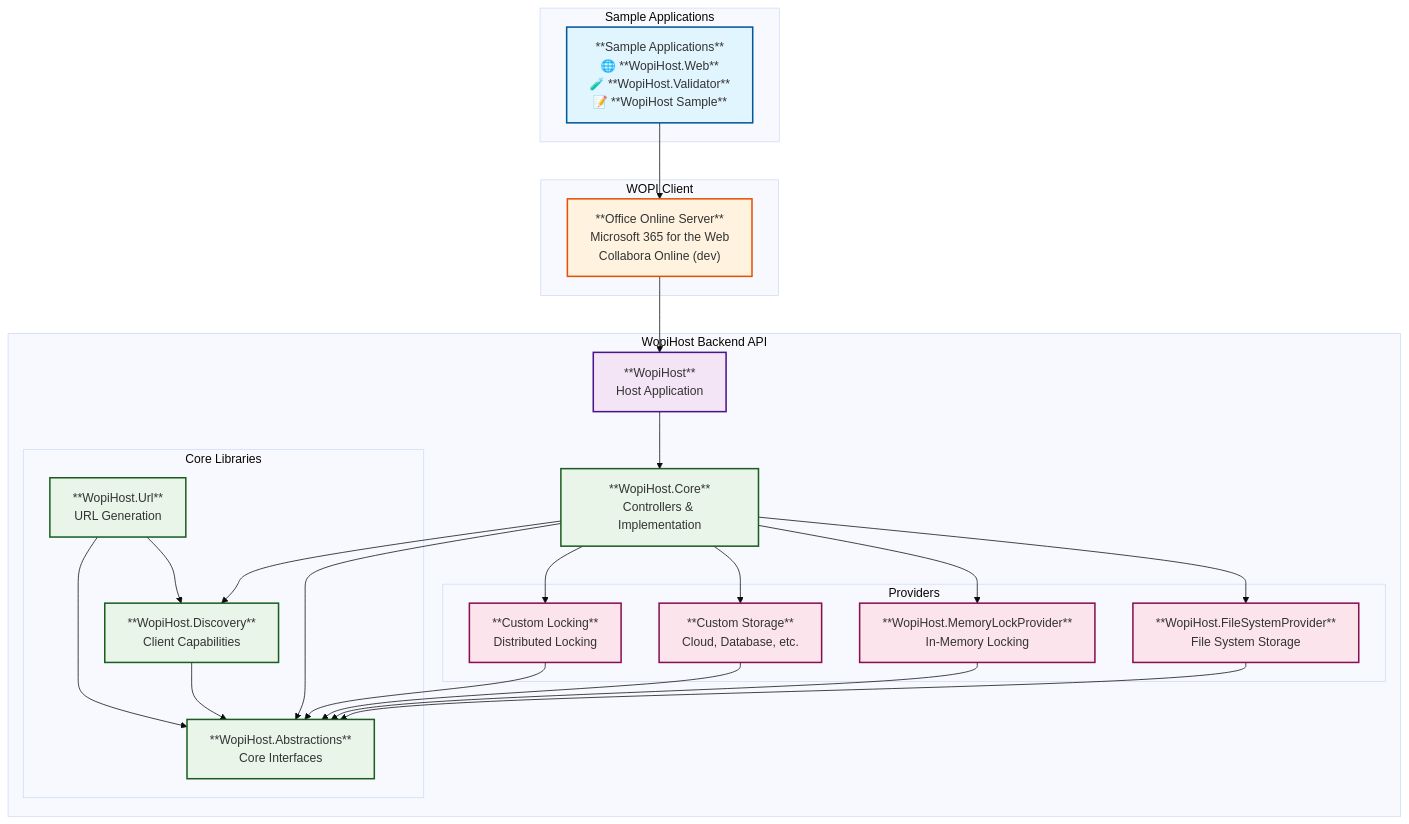
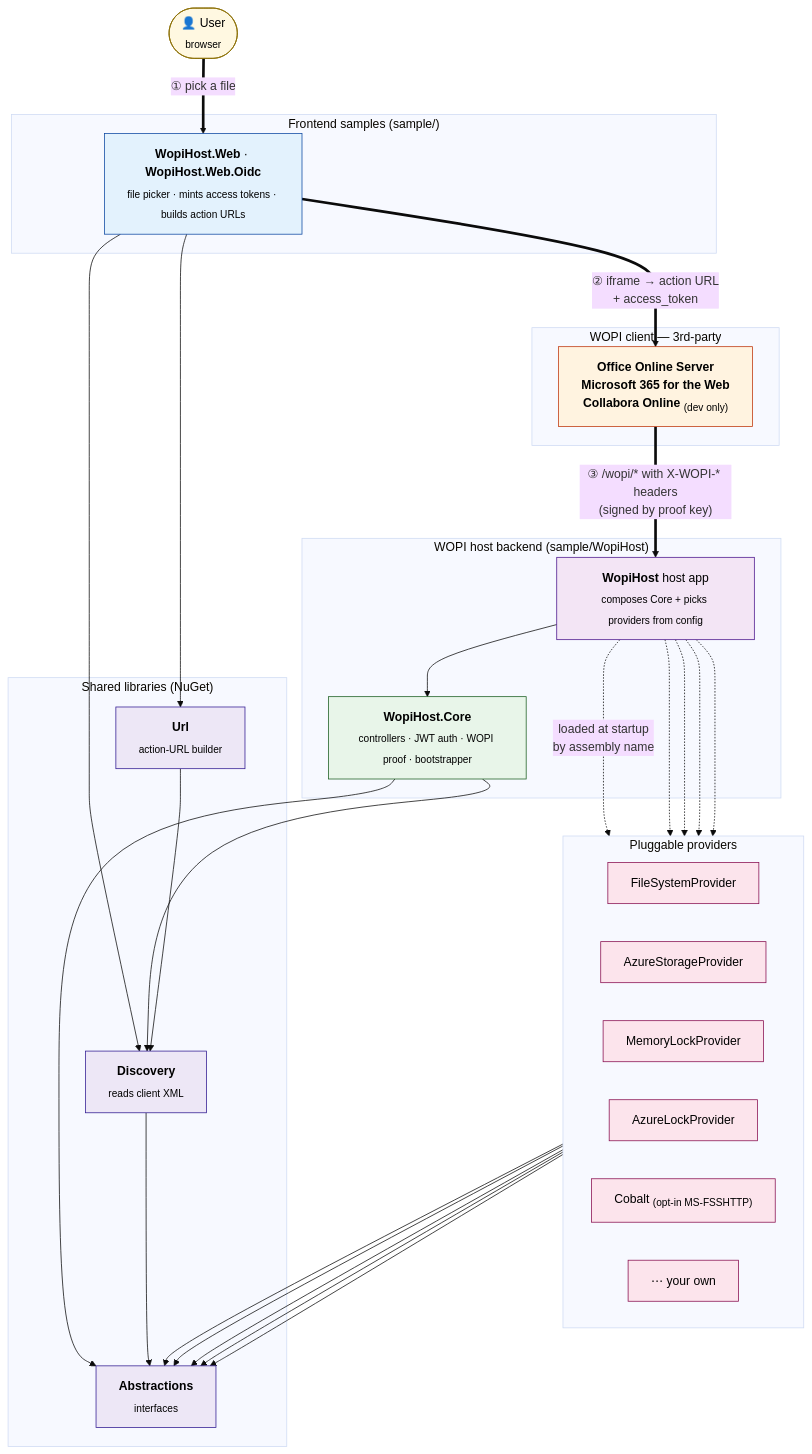
One commit to petrsvihlik/WopiHost changed the diagram in README.md. Above: the diagram before and after it, drawn with Mermaid (base theme). The commit also changed other lines of this file and 1 other file, not shown here.

Commit message:
docs: prep 6.0.0 release notes and refresh architecture diagram
- Add RELEASE_NOTES_6.0.0.md consolidating PRs #306–#332 into highlights,
  fixes, infra, docs, and dependency sections.
- Fix README architecture diagram: drop the bogus Core→providers edges
  (providers are loaded by assembly name from the host app), move
  WopiHost.Url out of the "core libraries" group (it's consumed by the
  frontend samples, not by Core), and add the missing modules
  (AzureStorageProvider, AzureLockProvider, Cobalt, Web.Oidc).
- Add a numbered runtime-flow overlay (browser → frontend → WOPI client →
  backend) and a key explaining thick / thin / dashed arrow semantics.
- Update "How it works" prose to match the corrected diagram.
- Bump the "Modular Architecture" bullet from 6 to 9 packages.

````diff
--- a/README.md
+++ b/README.md
@@ -31,73 +31,77 @@
 ```mermaid
 graph TB
-    subgraph "Sample Applications"
-        SampleApps["**Sample Applications**<br/>🌐 **WopiHost.Web**<br/>🧪 **WopiHost.Validator**<br/>📝 **WopiHost Sample**"]
+    User(["👤 User<br/><sub>browser</sub>"])
+
+    subgraph Frontend ["Frontend samples (sample/)"]
+        Web["<b>WopiHost.Web</b> · <b>WopiHost.Web.Oidc</b><br/><sub>file picker · mints access tokens · builds action URLs</sub>"]
     end
-    
-    subgraph "WOPI Client"
-        OOS["**Office Online Server**<br/>Microsoft 365 for the Web<br/>Collabora Online (dev)"]
+
+    subgraph WopiClient ["WOPI client — 3rd-party"]
+        WC["<b>Office Online Server</b><br/><b>Microsoft 365 for the Web</b><br/><b>Collabora Online</b> <sub>(dev only)</sub>"]
     end
-    
-    subgraph "WopiHost Backend API"
-        WopiHost["**WopiHost**<br/>Host Application"]
-        Core["**WopiHost.Core**<br/>Controllers & Implementation"]
-        
-        subgraph "Core Libraries"
-            Abstractions["**WopiHost.Abstractions**<br/>Core Interfaces"]
-            Discovery["**WopiHost.Discovery**<br/>Client Capabilities"]
-            Url["**WopiHost.Url**<br/>URL Generation"]
-        end
-        
-        subgraph "Providers"
-            FileSystem["**WopiHost.FileSystemProvider**<br/>File System Storage"]
-            MemoryLock["**WopiHost.MemoryLockProvider**<br/>In-Memory Locking"]
-            CustomStorage["**Custom Storage**<br/>Cloud, Database, etc."]
-            CustomLock["**Custom Locking**<br/>Distributed Locking"]
-        end
+
+    subgraph Backend ["WOPI host backend (sample/WopiHost)"]
+        Host["<b>WopiHost</b> host app<br/><sub>composes Core + picks providers from config</sub>"]
+        Core["<b>WopiHost.Core</b><br/><sub>controllers · JWT auth · WOPI proof · bootstrapper</sub>"]
     end
-    
-    %% Sample apps embed WOPI client
-    SampleApps --> OOS
-    
-    %% WOPI client depends on WopiHost backend
-    OOS --> WopiHost
-    
-    %% WopiHost host app uses Core implementation
-    WopiHost --> Core
-    
-    %% Core dependencies
-    Core --> Abstractions
-    Core --> Discovery
-    
-    %% Library dependencies
-    Discovery --> Abstractions
-    Url --> Discovery
-    Url --> Abstractions
-    
-    %% Provider implementations
-    FileSystem --> Abstractions
-    MemoryLock --> Abstractions
-    CustomStorage --> Abstractions
-    CustomLock --> Abstractions
-    
-    %% Core uses providers
-    Core --> FileSystem
-    Core --> MemoryLock
-    Core --> CustomStorage
-    Core --> CustomLock
-    
-    %% Styling
-    classDef sampleApp fill:#e1f5fe,stroke:#01579b,stroke-width:2px
-    classDef wopiClient fill:#fff3e0,stroke:#e65100,stroke-width:2px
-    classDef hostApp fill:#f3e5f5,stroke:#4a148c,stroke-width:2px
-    classDef coreModule fill:#e8f5e8,stroke:#1b5e20,stroke-width:2px
-    classDef libraryModule fill:#e8f5e8,stroke:#1b5e20,stroke-width:2px
-    classDef providerModule fill:#fce4ec,stroke:#880e4f,stroke-width:2px
-    
-    class SampleApps sampleApp
-    class OOS wopiClient
-    class WopiHost hostApp
-    class Core coreModule
-    class Abstractions,Discovery,Url libraryModule
-    class FileSystem,MemoryLock,CustomStorage,CustomLock providerModule
+
+    subgraph Providers ["Pluggable providers"]
+        direction LR
+        FS["FileSystemProvider"]
+        AzS["AzureStorageProvider"]
+        Mem["MemoryLockProvider"]
+        AzL["AzureLockProvider"]
+        Cob["Cobalt <sub>(opt-in MS-FSSHTTP)</sub>"]
+        Cust["⋯ your own"]
+    end
+
+    subgraph Libs ["Shared libraries (NuGet)"]
+        Abs["<b>Abstractions</b><br/><sub>interfaces</sub>"]
+        Disc["<b>Discovery</b><br/><sub>reads client XML</sub>"]
+        Url["<b>Url</b><br/><sub>action-URL builder</sub>"]
+    end
+
+    %% Runtime request flow
+    User ==>|"① pick a file"| Web
+    Web ==>|"② iframe → action URL<br/>+ access_token"| WC
+    WC ==>|"③ /wopi/* with X-WOPI-* headers<br/>(signed by proof key)"| Host
+
+    %% Composition
+    Host --> Core
+    Host -. loaded at startup<br/>by assembly name .-> FS
+    Host -.-> AzS
+    Host -.-> Mem
+    Host -.-> AzL
+    Host -.-> Cob
+
+    %% Frontend uses Url + Discovery to build the action URL
+    Web --> Url
+    Web --> Disc
+
+    %% Build-time package deps
+    Core --> Abs
+    Core --> Disc
+    Url --> Disc
+    Disc --> Abs
+    FS --> Abs
+    AzS --> Abs
+    Mem --> Abs
+    AzL --> Abs
+    Cob --> Abs
+
+    classDef user fill:#fff8e1,stroke:#8a6d00,color:#000
+    classDef sample fill:#e3f2fd,stroke:#0d47a1,color:#000
+    classDef client fill:#fff3e0,stroke:#bf360c,color:#000
+    classDef host fill:#f3e5f5,stroke:#4a148c,color:#000
+    classDef server fill:#e8f5e9,stroke:#1b5e20,color:#000
+    classDef provider fill:#fce4ec,stroke:#880e4f,color:#000
+    classDef lib fill:#ede7f6,stroke:#311b92,color:#000
+
+    class User user
+    class Web sample
+    class WC client
+    class Host host
+    class Core server
+    class FS,AzS,Mem,AzL,Cob,Cust provider
+    class Abs,Disc,Url lib
 ```
````
